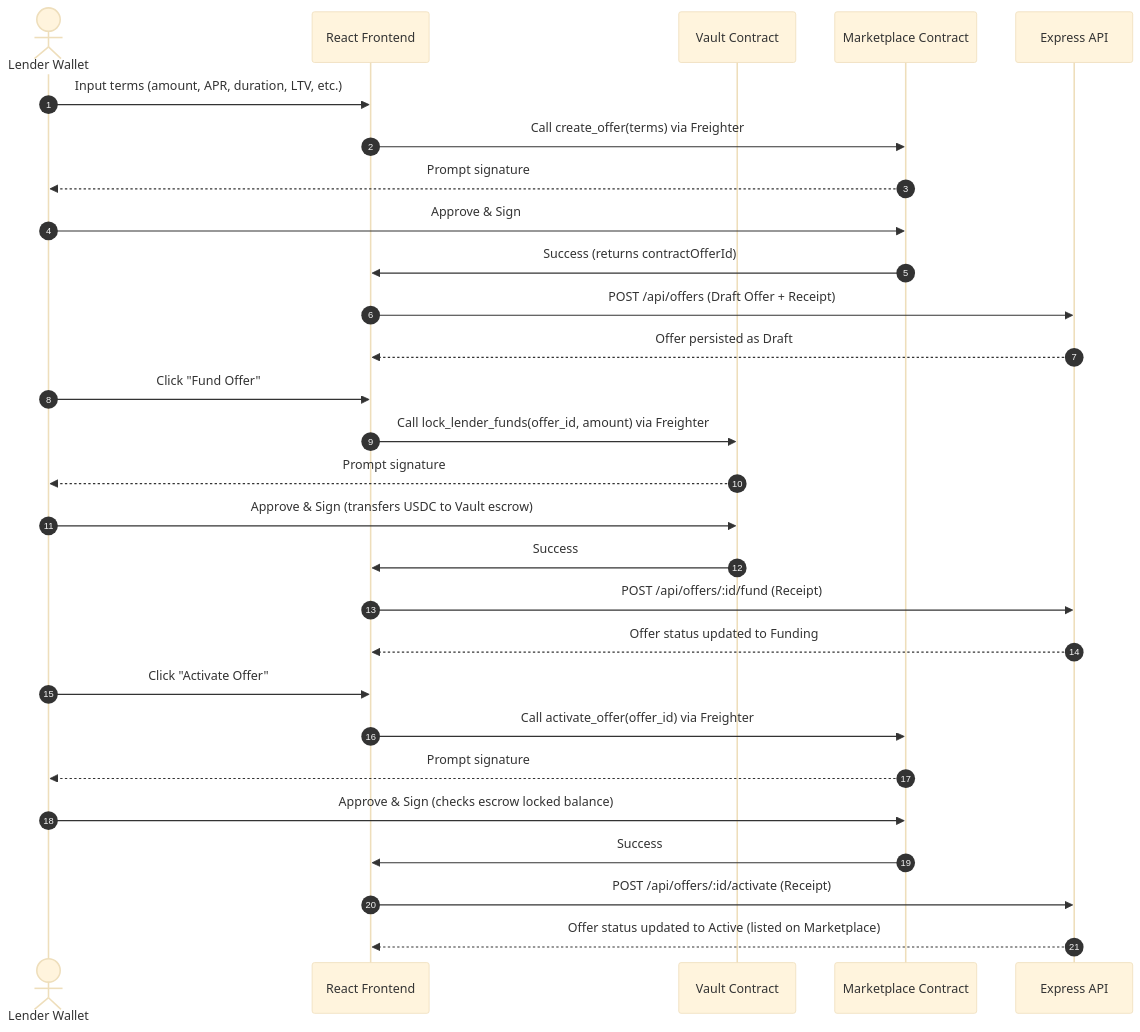
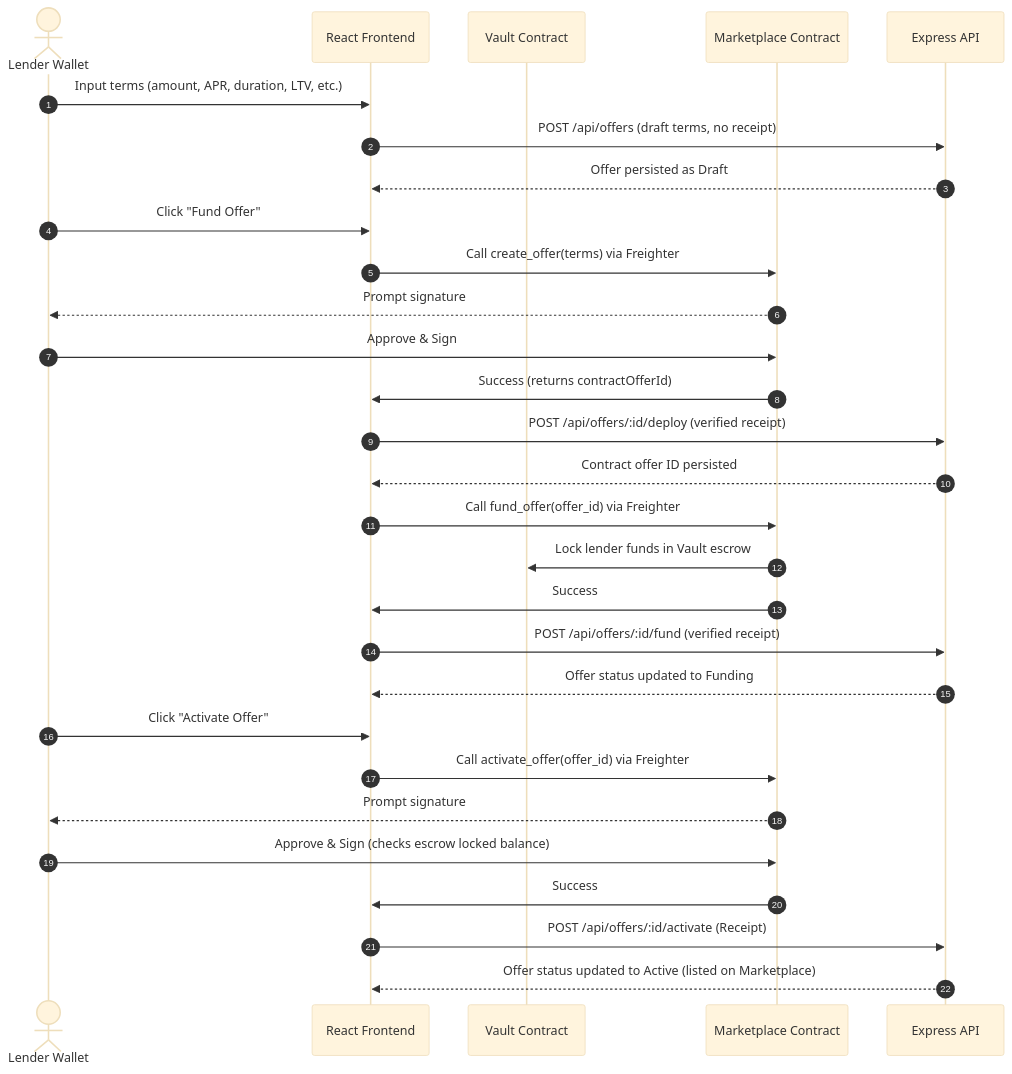
One commit to TheAnh1404/NexusLending changed the fourth of 8 diagrams in README.md. Above: the diagram before and after it, drawn with Mermaid (base theme). The commit also changed other lines of this file and 72 other files, not shown here.

````diff
--- a/README.md
+++ b/README.md
@@ -290,33 +290,34 @@
 ```mermaid
 sequenceDiagram
     autonumber
     actor Lender as Lender Wallet
     participant UI as React Frontend
     participant V as Vault Contract
     participant M as Marketplace Contract
     participant API as Express API
 
     Lender->>UI: Input terms (amount, APR, duration, LTV, etc.)
+    UI->>API: POST /api/offers (draft terms, no receipt)
+    API-->>UI: Offer persisted as Draft
+    
+    Lender->>UI: Click "Fund Offer"
     UI->>M: Call create_offer(terms) via Freighter
     M-->>Lender: Prompt signature
     Lender->>M: Approve & Sign
     M->>UI: Success (returns contractOfferId)
-    UI->>API: POST /api/offers (Draft Offer + Receipt)
-    API-->>UI: Offer persisted as Draft
-    
-    Lender->>UI: Click "Fund Offer"
-    UI->>V: Call lock_lender_funds(offer_id, amount) via Freighter
-    V-->>Lender: Prompt signature
-    Lender->>V: Approve & Sign (transfers USDC to Vault escrow)
-    V->>UI: Success
-    UI->>API: POST /api/offers/:id/fund (Receipt)
+    UI->>API: POST /api/offers/:id/deploy (verified receipt)
+    API-->>UI: Contract offer ID persisted
+    UI->>M: Call fund_offer(offer_id) via Freighter
+    M->>V: Lock lender funds in Vault escrow
+    M->>UI: Success
+    UI->>API: POST /api/offers/:id/fund (verified receipt)
     API-->>UI: Offer status updated to Funding
     
     Lender->>UI: Click "Activate Offer"
     UI->>M: Call activate_offer(offer_id) via Freighter
     M-->>Lender: Prompt signature
     Lender->>M: Approve & Sign (checks escrow locked balance)
     M->>UI: Success
     UI->>API: POST /api/offers/:id/activate (Receipt)
     API-->>UI: Offer status updated to Active (listed on Marketplace)
 ```
````
